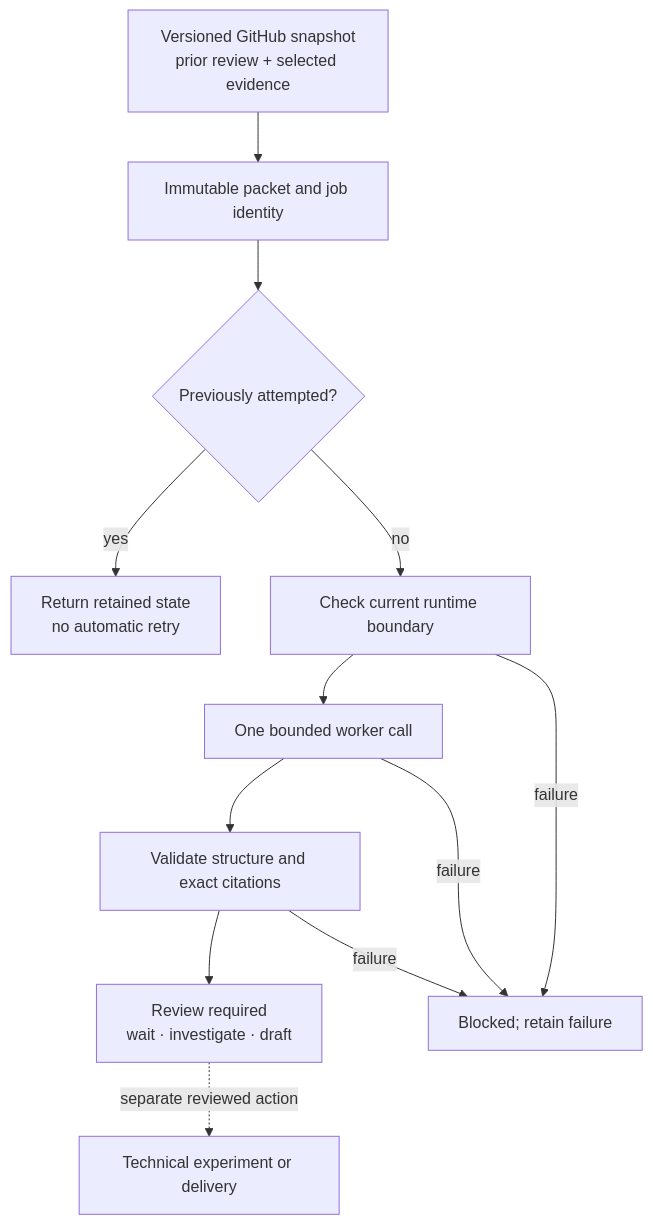
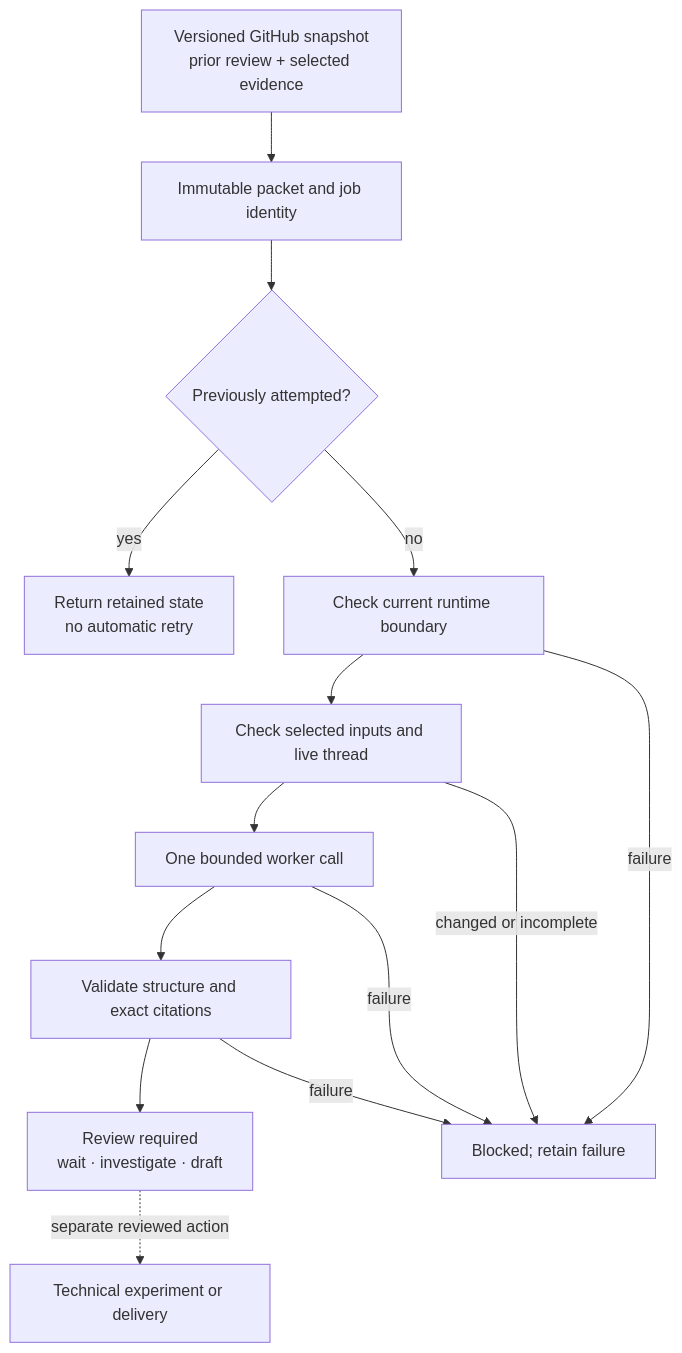
The diagram in docs/ENGAGEMENT_INVESTIGATIONS.md (manfromnowhere143/nisayon), drawn with Mermaid before and after one commit. The commit also changed other lines of this file and 2088 other files, not shown here.

````diff
--- a/docs/ENGAGEMENT_INVESTIGATIONS.md
+++ b/docs/ENGAGEMENT_INVESTIGATIONS.md
@@ -9,16 +9,18 @@
 ```mermaid
 flowchart TB
     accTitle: Bounded engagement investigation
     accDescr: A retained thread and selected local evidence form an immutable job. Preparation does not invoke a model. A separately invoked worker runs after a local boundary check. Checked proposals still require review; delivery and experiments remain separate actions.
     A["Versioned GitHub snapshot<br/>prior review + selected evidence"] --> B["Immutable packet and job identity"]
     B --> C{"Previously attempted?"}
     C -- yes --> D["Return retained state<br/>no automatic retry"]
     C -- no --> E["Check current runtime boundary"]
-    E --> F["One bounded worker call"]
+    E --> L["Check selected inputs and live thread"]
+    L --> F["One bounded worker call"]
     F --> G["Validate structure and exact citations"]
     G --> H["Review required<br/>wait · investigate · draft"]
     E -- failure --> I["Blocked; retain failure"]
+    L -- changed or incomplete --> I
     F -- failure --> I
     G -- failure --> I
     H -. "separate reviewed action" .-> J["Technical experiment or delivery"]
 ```
````
